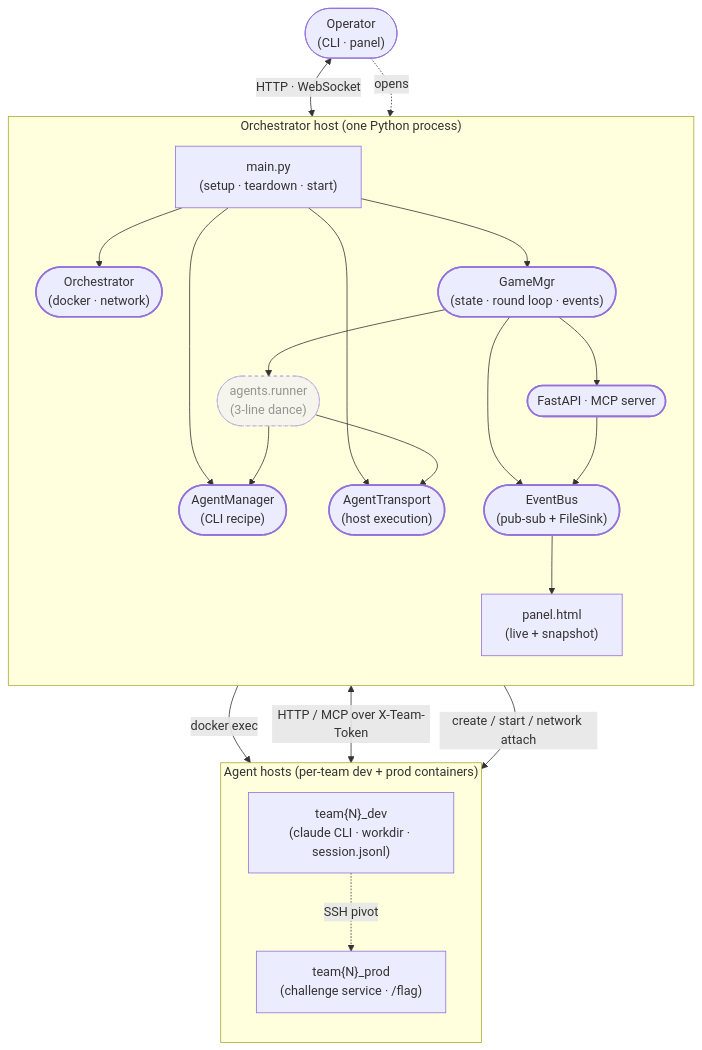
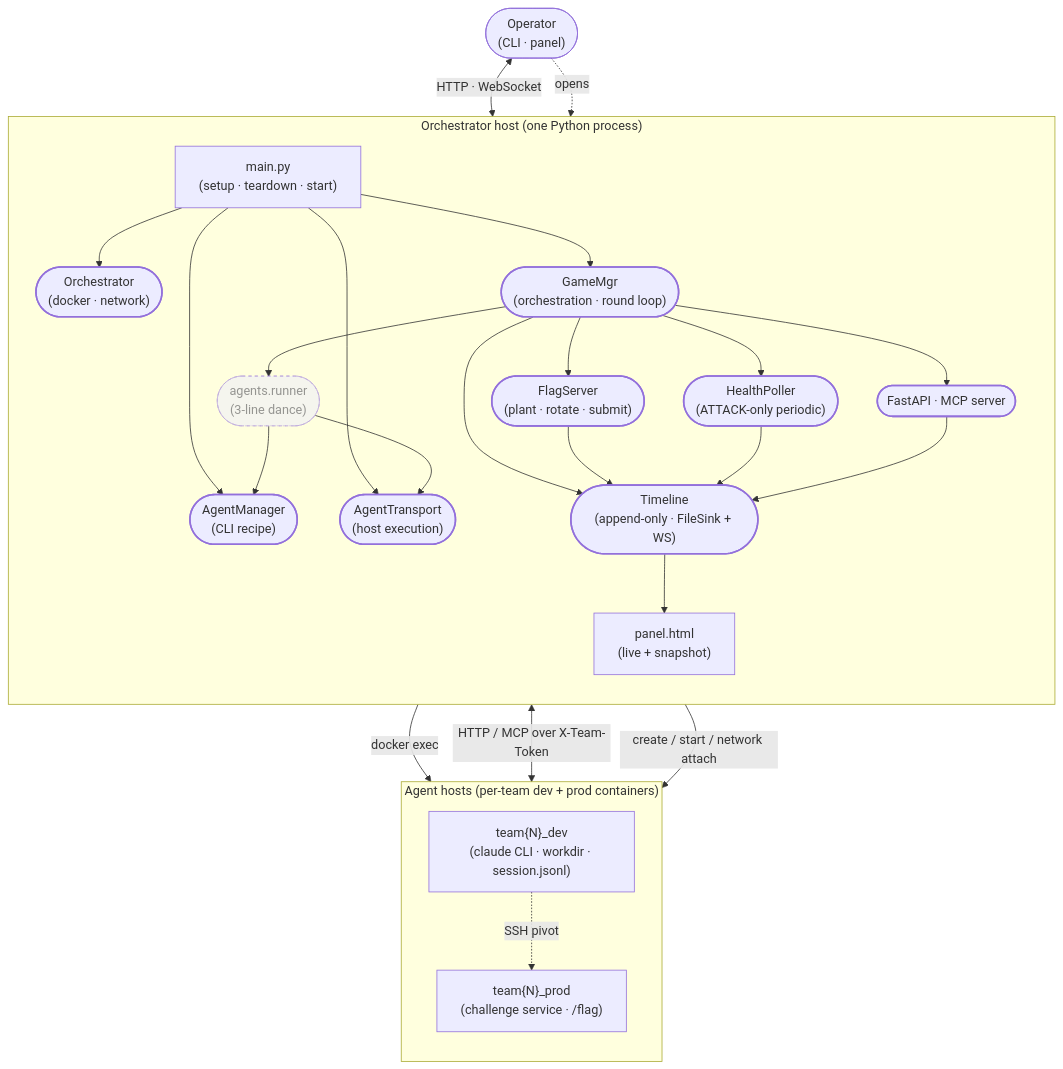
The diagram in docs/UML/overview.md (YueyangPan/CyberArenaOrchestration), drawn with Mermaid before and after one commit. The commit also changed other lines of this file and 45 other files, not shown here.

First line of the commit message:
refactor(facilities): extract Timeline / FlagServer / HealthPoller from GameMgr

````diff
--- a/docs/UML/overview.md
+++ b/docs/UML/overview.md
@@ -8,45 +8,51 @@
 ```mermaid
 graph TD
   Operator(["Operator<br/>(CLI · panel)"])
 
   subgraph HOST["Orchestrator host (one Python process)"]
     direction TB
     Main["main.py<br/>(setup · teardown · start)"]
     Orch(["Orchestrator<br/>(docker · network)"]):::core
-    Game(["GameMgr<br/>(state · round loop · events)"]):::core
-    Bus(["EventBus<br/>(pub-sub + FileSink)"]):::core
+    Game(["GameMgr<br/>(orchestration · round loop)"]):::core
+    TL(["Timeline<br/>(append-only · FileSink + WS)"]):::core
+    FS(["FlagServer<br/>(plant · rotate · submit)"]):::core
+    HP(["HealthPoller<br/>(ATTACK-only periodic)"]):::core
     Mgr(["AgentManager<br/>(CLI recipe)"]):::core
     Tx(["AgentTransport<br/>(host execution)"]):::core
     Runner(["agents.runner<br/>(3-line dance)"]):::glue
     API(["FastAPI · MCP server"]):::core
     Panel["panel.html<br/>(live + snapshot)"]
 
     Main --> Orch
     Main --> Game
     Main --> Mgr
     Main --> Tx
-    Game --> Bus
-    Bus --> Panel
+    Game --> TL
+    Game --> FS
+    Game --> HP
+    FS --> TL
+    HP --> TL
+    TL --> Panel
     Game --> Runner
     Runner --> Mgr
     Runner --> Tx
     Game --> API
-    API --> Bus
+    API --> TL
   end
 
   subgraph CONTAINERS["Agent hosts (per-team dev + prod containers)"]
     direction TB
     Dev["team{N}_dev<br/>(claude CLI · workdir · session.jsonl)"]
     Prod["team{N}_prod<br/>(challenge service · /flag)"]
     Dev -. SSH pivot .-> Prod
   end
 
   Orch -->|create / start / network attach| CONTAINERS
   Tx -->|docker exec| Dev
   API <-->|HTTP / MCP over X-Team-Token| Dev
   Operator <-->|HTTP · WebSocket| API
   Operator -. opens .-> Panel
 
 classDef core stroke-width:2px
 classDef glue stroke-dasharray:4 4,opacity:0.7
 ```
````
